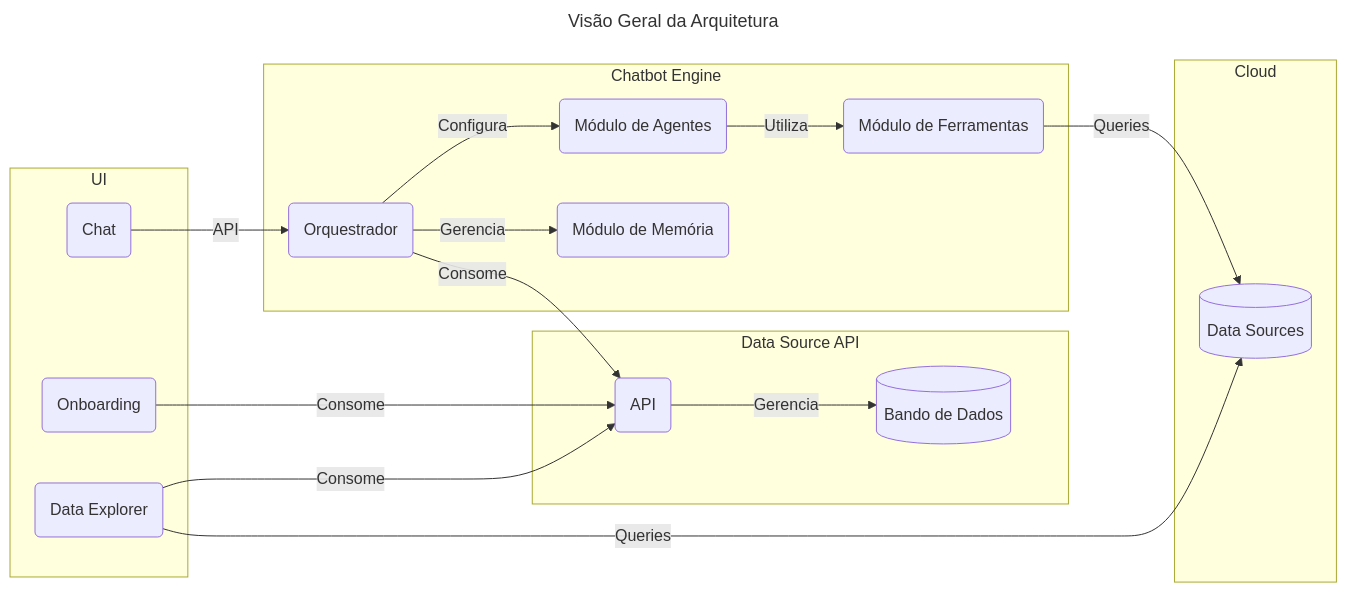
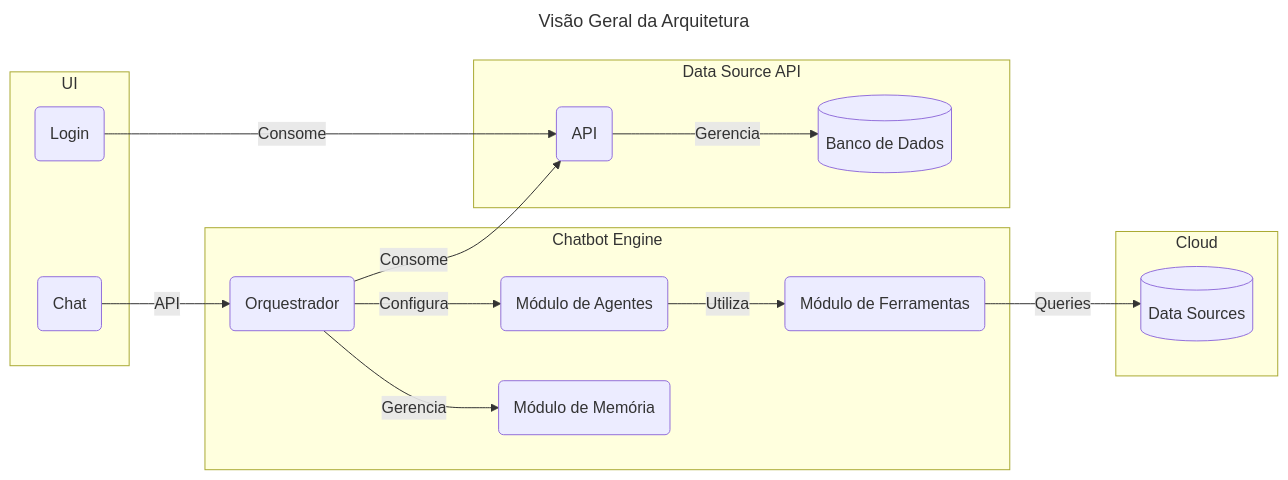
One commit to moesio-f/data-analysis-chatbot changed the diagram in README.md. Above: the diagram before and after it, drawn with Mermaid. The commit also changed other lines of this file and 24 other files, not shown here.

````diff
--- a/README.md
+++ b/README.md
@@ -18,32 +19,29 @@
 ```mermaid
 ---
 title: Visão Geral da Arquitetura
 ---
 flowchart LR
     subgraph "Cloud"
       db[("Data Sources")]
     end
 
     subgraph UI
       chat(Chat) 
-      onboarding(Onboarding)
-      explorer(Data Explorer)
+      login(Login)
     end
 
     subgraph Chatbot Engine
       orchestrator(Orquestrador) -->|Configura| agent
       orchestrator --> |Gerencia| memory(Módulo de Memória)
       agent(Módulo de Agentes) -->|Utiliza| tools(Módulo de Ferramentas)
     end
 
     subgraph Data Source API
-      ds_api(API) -->|Gerencia| ds_db[("Bando de Dados")]
+      ds_api(API) -->|Gerencia| ds_db[("Banco de Dados")]
     end
 
-    onboarding --> |Consome| ds_api
+    login --> |Consome| ds_api
     orchestrator --> |Consome| ds_api
-    explorer --> |Consome| ds_api
     chat --> |API| orchestrator
-    explorer -->|Queries| db
     tools --> |Queries| db
 ```
````
